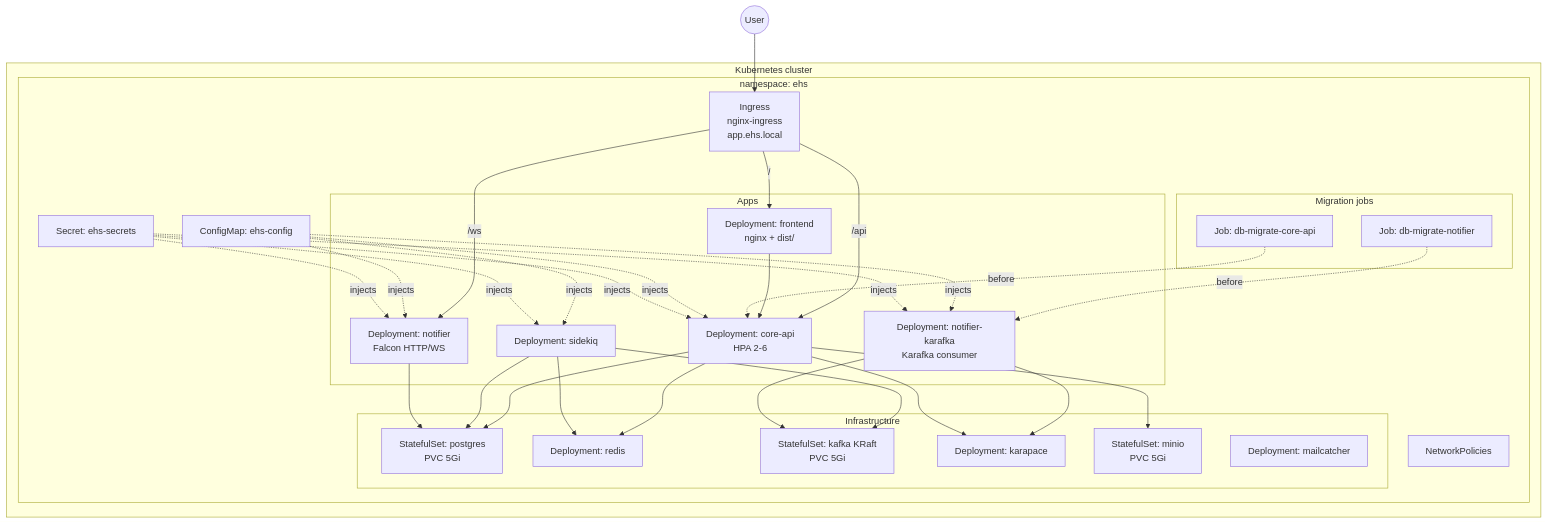
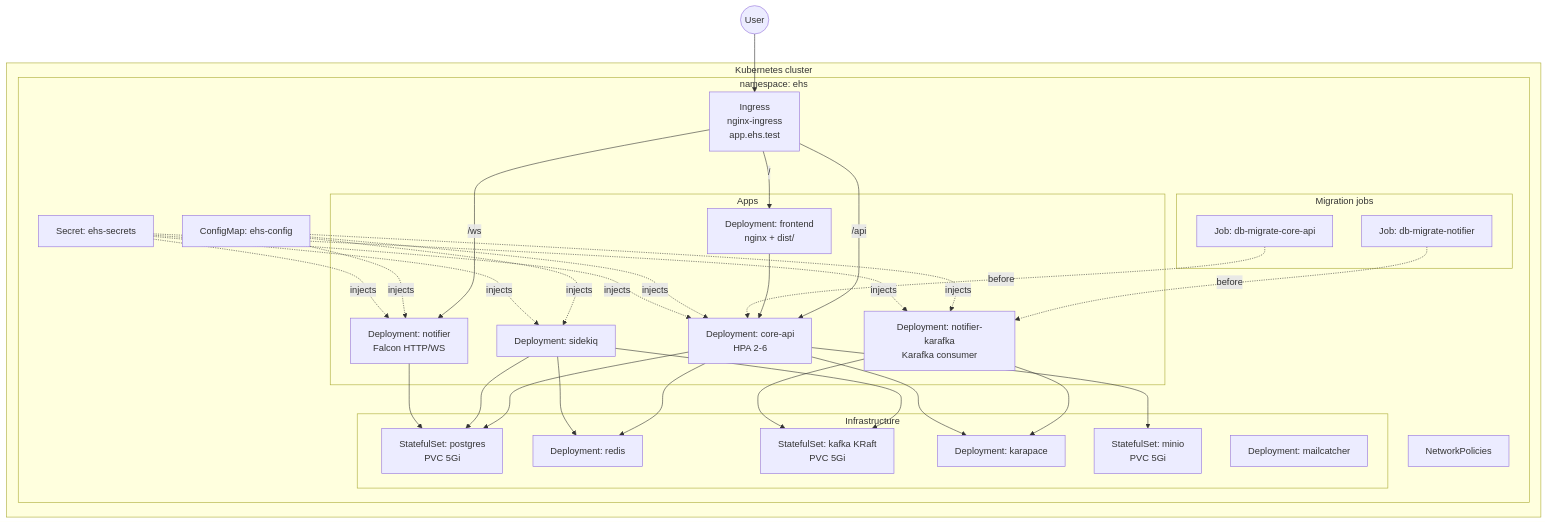
Before and after one commit to ehs-labs/ehs-incident-system: the diagram in docs/architecture/04-deployment.md, drawn with Mermaid. The commit also changed other lines of this file and 4 other files, not shown here.

First line of the commit message:
fix(k8s): switch ingress host to .test TLD and install nginx-ingress on docker-desktop

````diff
--- a/docs/architecture/04-deployment.md
+++ b/docs/architecture/04-deployment.md
@@ -3,64 +3,64 @@
 ```mermaid
 flowchart TB
     subgraph cluster["Kubernetes cluster"]
         subgraph ns["namespace: ehs"]
-            ing[Ingress<br/>nginx-ingress<br/>app.ehs.local]
+            ing[Ingress<br/>nginx-ingress<br/>app.ehs.test]
 
             subgraph apps[Apps]
                 feD[Deployment: frontend<br/>nginx + dist/]
                 caD[Deployment: core-api<br/>HPA 2-6]
                 sqD[Deployment: sidekiq]
                 noD[Deployment: notifier<br/>Falcon HTTP/WS]
                 nkD[Deployment: notifier-karafka<br/>Karafka consumer]
             end
 
             subgraph infra[Infrastructure]
                 pg[StatefulSet: postgres<br/>PVC 5Gi]
                 rd[Deployment: redis]
                 kf[StatefulSet: kafka KRaft<br/>PVC 5Gi]
                 ka[Deployment: karapace]
                 mn[StatefulSet: minio<br/>PVC 5Gi]
                 mc[Deployment: mailcatcher]
             end
 
             subgraph jobs[Migration jobs]
                 jA[Job: db-migrate-core-api]
                 jN[Job: db-migrate-notifier]
             end
 
             cm[ConfigMap: ehs-config]
             sc[Secret: ehs-secrets]
             np[NetworkPolicies]
         end
     end
 
     user((User)) --> ing
 
     ing -- "/"     --> feD
     ing -- "/api"  --> caD
     ing -- "/ws"   --> noD
 
     feD --> caD
     caD --> pg
     caD --> rd
     caD --> mn
     sqD --> pg
     sqD --> rd
     sqD --> kf
     nkD --> kf
     nkD --> ka
     noD --> pg
     caD --> ka
 
     jA -.before.-> caD
     jN -.before.-> nkD
 
     cm -.injects.-> caD
     cm -.injects.-> sqD
     cm -.injects.-> noD
     cm -.injects.-> nkD
     sc -.injects.-> caD
     sc -.injects.-> sqD
     sc -.injects.-> noD
     sc -.injects.-> nkD
 ```
````
